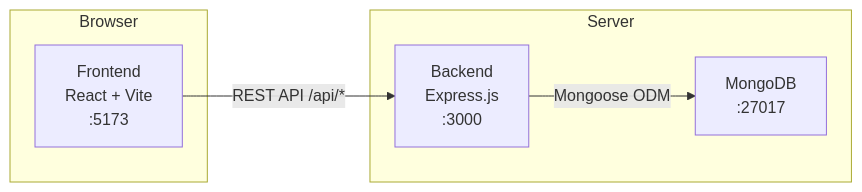
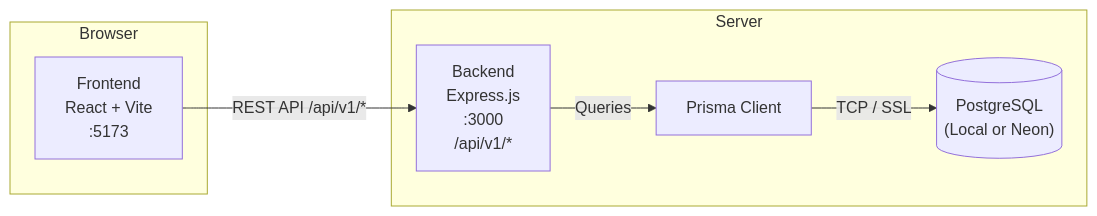
The first of 2 diagrams in docs/03-architecture/SYSTEM_ARCHITECTURE.md (nhatnd99/PersonalKnowledgeManagement), drawn with Mermaid before and after one commit. The commit also changed other lines of this file and 110 other files, not shown here.

````diff
--- a/docs/03-architecture/SYSTEM_ARCHITECTURE.md
+++ b/docs/03-architecture/SYSTEM_ARCHITECTURE.md
@@ -12,14 +13,16 @@
 ```mermaid
 graph LR
   subgraph Browser
     FE["Frontend\nReact + Vite\n:5173"]
   end
 
   subgraph Server
-    BE["Backend\nExpress.js\n:3000"]
-    DB["MongoDB\n:27017"]
+    BE["Backend\nExpress.js\n:3000\n/api/v1/*"]
+    ORM["Prisma Client"]
+    DB[("PostgreSQL\n(Local or Neon)")]
   end
 
-  FE -->|"REST API /api/*"| BE
-  BE -->|"Mongoose ODM"| DB
+  FE -->|"REST API /api/v1/*"| BE
+  BE -->|"Queries"| ORM
+  ORM -->|"TCP / SSL"| DB
 ```
````
